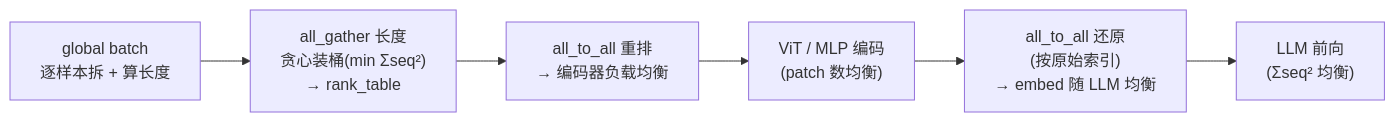
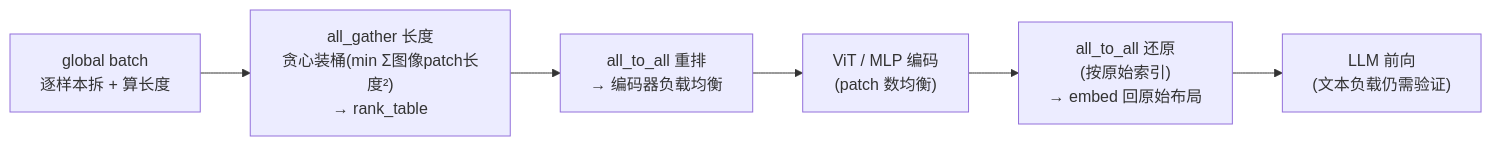
The diagram in knowledge/model/training/concepts/techniques/multimodal_data.md (Atlas-Ascend-Fork/cannbot-knowledge), drawn with Mermaid before and after one commit. The commit also changed other lines of this file and 441 other files, not shown here.

````diff
--- a/knowledge/model/training/concepts/techniques/multimodal_data.md
+++ b/knowledge/model/training/concepts/techniques/multimodal_data.md
@@ -40,8 +42,8 @@
 ```mermaid
 flowchart LR
-  RAW["global batch<br/>逐样本拆 + 算长度"] --> RE["all_gather 长度<br/>贪心装桶(min Σseq²)<br/>→ rank_table"]
+  RAW["global batch<br/>逐样本拆 + 算长度"] --> RE["all_gather 长度<br/>贪心装桶(min Σ图像patch长度²)<br/>→ rank_table"]
   RE --> A2A1["all_to_all 重排<br/>→ 编码器负载均衡"]
   A2A1 --> ENC["ViT / MLP 编码<br/>(patch 数均衡)"]
-  ENC --> A2A2["all_to_all 还原<br/>(按原始索引)<br/>→ embed 随 LLM 均衡"]
-  A2A2 --> LLM["LLM 前向<br/>(Σseq² 均衡)"]
+  ENC --> A2A2["all_to_all 还原<br/>(按原始索引)<br/>→ embed 回原始布局"]
+  A2A2 --> LLM["LLM 前向<br/>(文本负载仍需验证)"]
 ```
````
